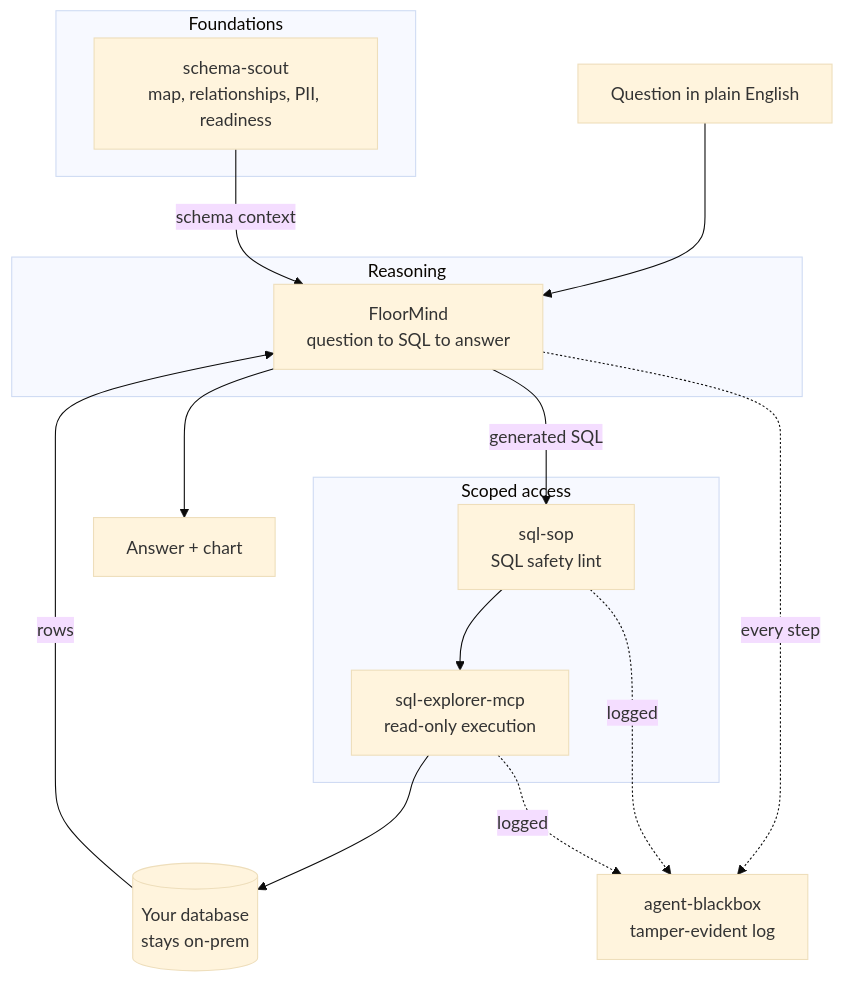
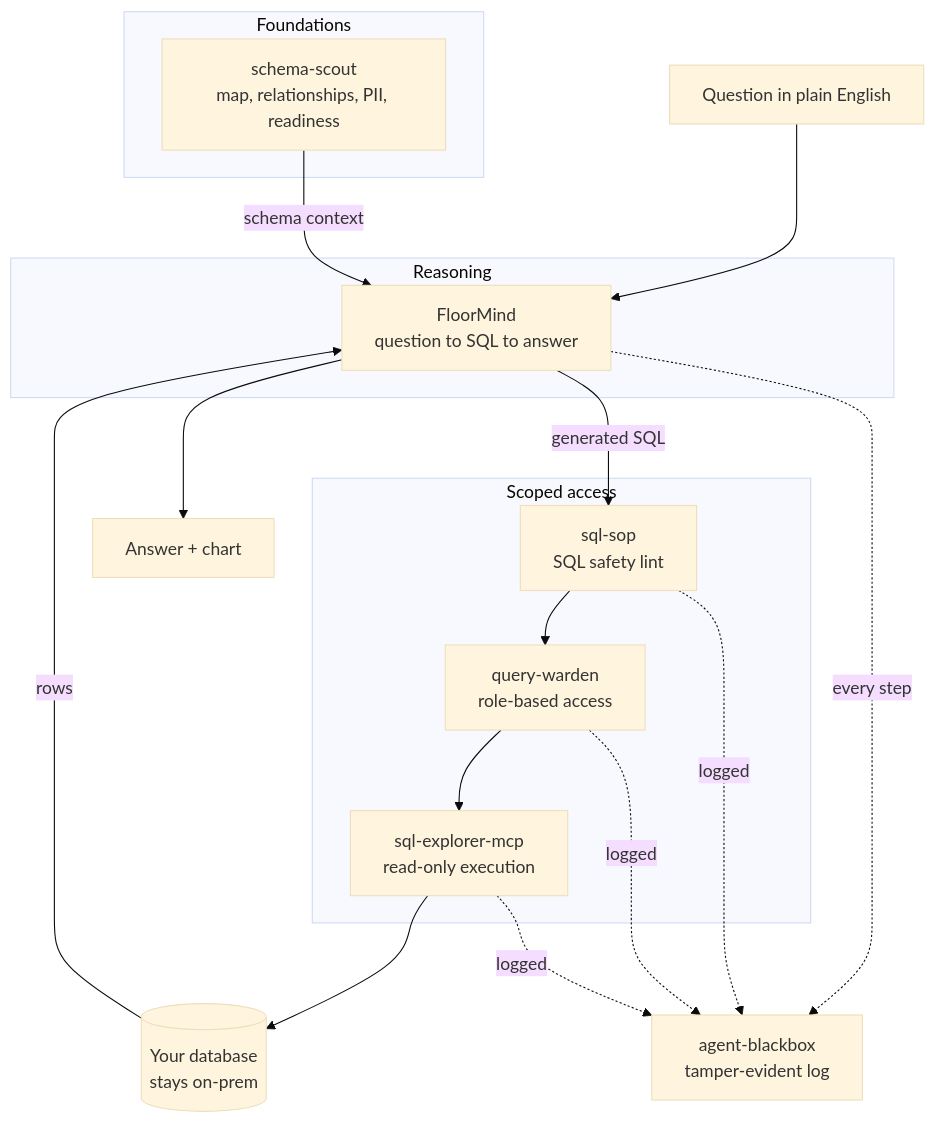
Before and after one commit to Pawansingh3889/governed-agent-stack: the diagram in README.md, drawn with Mermaid (base theme). The commit also changed other lines of this file and 2 other files, not shown here.

Commit message:
add query-warden as the access-control layer

````diff
--- a/README.md
+++ b/README.md
@@ -22,29 +22,31 @@
 ```mermaid
 flowchart TB
     Q["Question in plain English"] --> AG
 
     subgraph Foundations
         SS["schema-scout<br/>map, relationships, PII, readiness"]
     end
 
     subgraph Reasoning
         AG["FloorMind<br/>question to SQL to answer"]
     end
 
     subgraph Scoped_access["Scoped access"]
         SOP["sql-sop<br/>SQL safety lint"]
+        WARD["query-warden<br/>role-based access"]
         EX["sql-explorer-mcp<br/>read-only execution"]
     end
 
     DB[("Your database<br/>stays on-prem")]
     A["Answer + chart"]
     BB["agent-blackbox<br/>tamper-evident log"]
 
     SS -- schema context --> AG
-    AG -- generated SQL --> SOP --> EX --> DB
+    AG -- generated SQL --> SOP --> WARD --> EX --> DB
     DB -- rows --> AG --> A
 
     AG -. every step .-> BB
     SOP -. logged .-> BB
+    WARD -. logged .-> BB
     EX -. logged .-> BB
 ```
````
